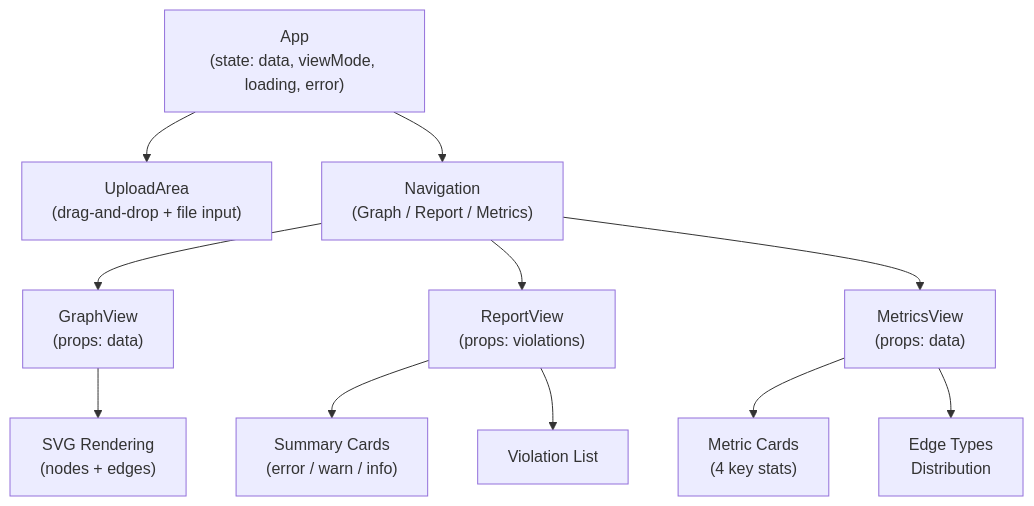
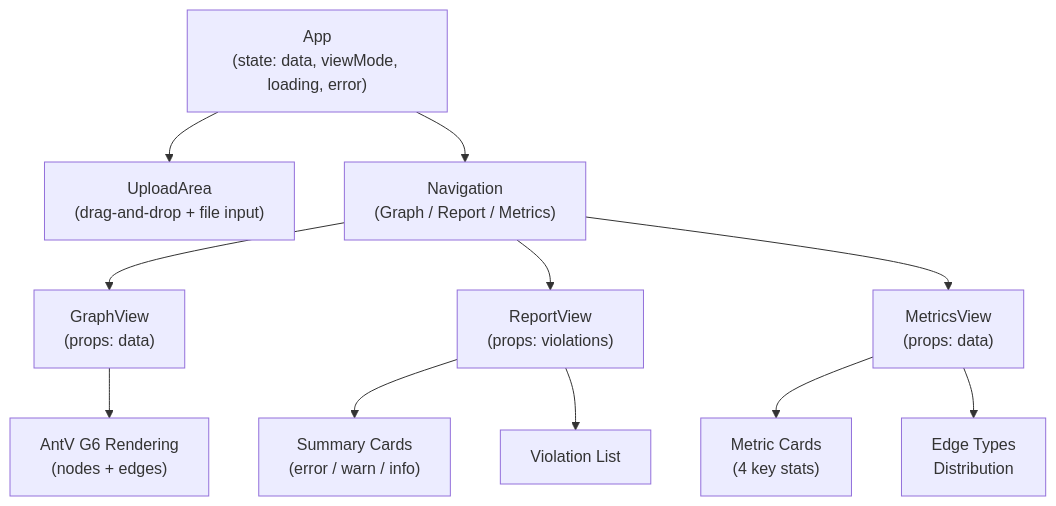
One commit to fisher-89/dependency-cruiser-reporter changed the first of 2 diagrams in docs/frontend/components.md. Above: the diagram before and after it, drawn with Mermaid. The commit also changed other lines of this file and 11 other files, not shown here.

````diff
--- a/docs/frontend/components.md
+++ b/docs/frontend/components.md
@@ -30,17 +30,17 @@
 ```mermaid
 flowchart TB
     App["App\n(state: data, viewMode, loading, error)"]
 
     App --> UploadArea["UploadArea\n(drag-and-drop + file input)"]
     App --> Nav["Navigation\n(Graph / Report / Metrics)"]
 
     Nav --> GraphView["GraphView\n(props: data)"]
     Nav --> ReportView["ReportView\n(props: violations)"]
     Nav --> MetricsView["MetricsView\n(props: data)"]
 
-    GraphView --> SVG["SVG Rendering\n(nodes + edges)"]
+    GraphView --> SVG["AntV G6 Rendering\n(nodes + edges)"]
     ReportView --> Summary["Summary Cards\n(error / warn / info)"]
     ReportView --> ViolationList["Violation List"]
     MetricsView --> MetricCards["Metric Cards\n(4 key stats)"]
     MetricsView --> EdgeTypes["Edge Types\nDistribution"]
 ```
````
